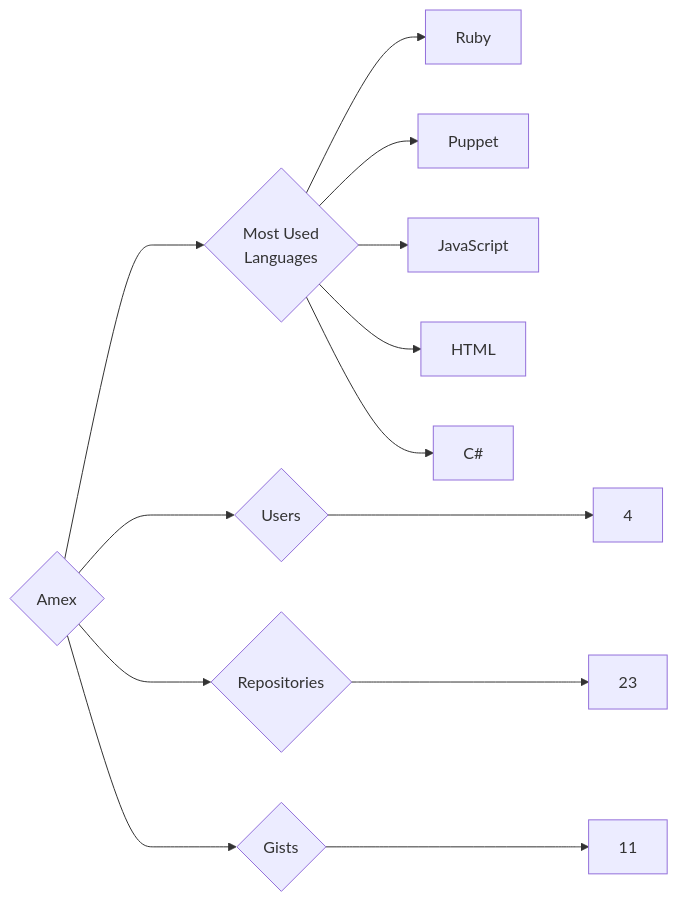
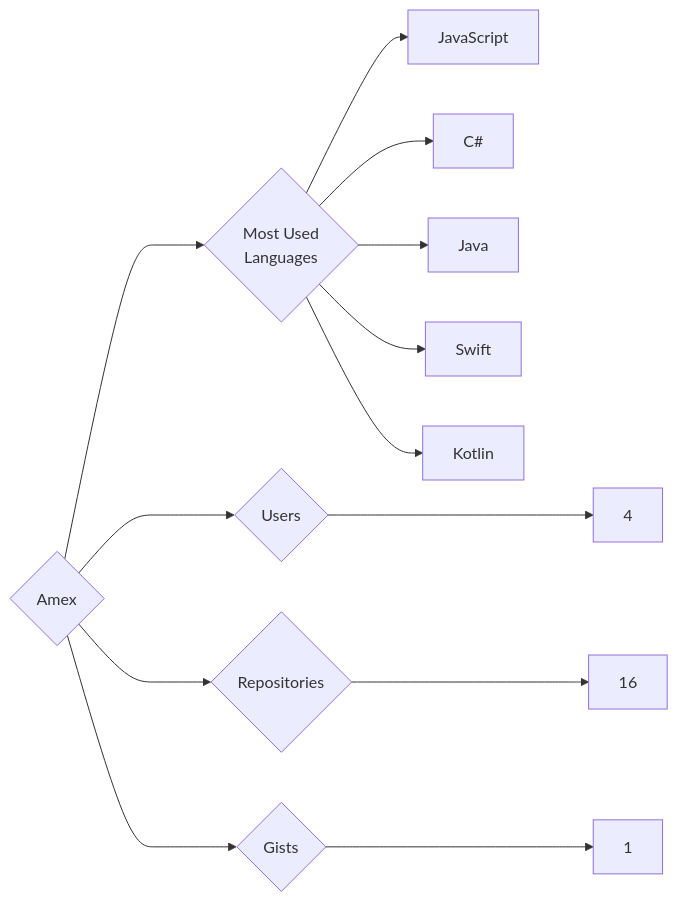
The diagram in targets/Amex/README.md (trickest/insiders), drawn with Mermaid before and after one commit. The commit also changed 745 other files, not shown here.

````diff
--- a/targets/Amex/README.md
+++ b/targets/Amex/README.md
@@ -3,13 +3,13 @@
 ```mermaid
 graph LR
 COMPANY_NAME{Amex}
 COMPANY_NAME ---> U{Users} ---> UN[4]
-COMPANY_NAME ---> R{Repositories} ---> RN[23]
-COMPANY_NAME ---> G{Gists} ---> GN[11]
+COMPANY_NAME ---> R{Repositories} ---> RN[16]
+COMPANY_NAME ---> G{Gists} ---> GN[1]
 COMPANY_NAME ---> ML{Most Used<br>Languages}
-ML --> Ruby[Ruby]
-ML --> Puppet[Puppet]
 ML --> JavaScript[JavaScript]
-ML --> HTML[HTML]
 ML --> C#[C#]
+ML --> Java[Java]
+ML --> Swift[Swift]
+ML --> Kotlin[Kotlin]
 ```
````
